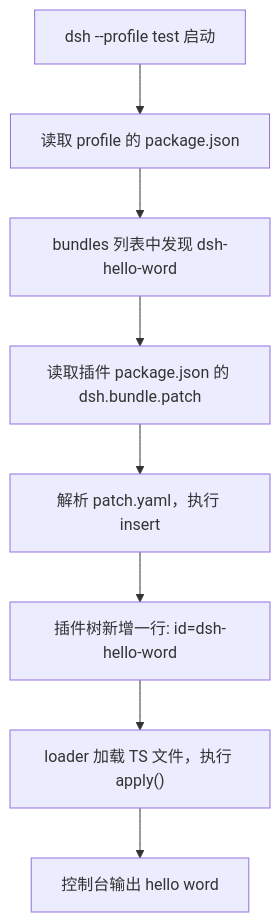
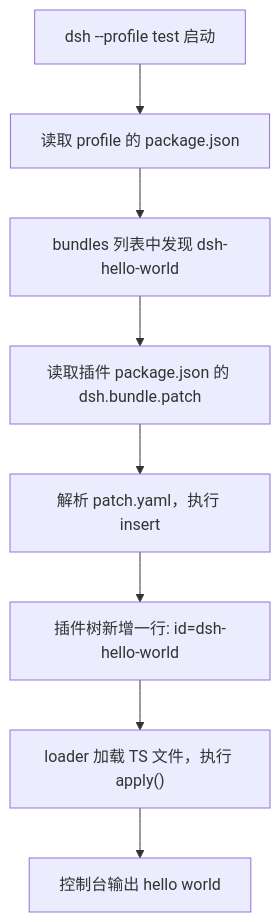
One commit to anthonyzhao-4926/blog changed the diagram in dsh/dsh 插件开发/2. hello world.md. Above: the diagram before and after it, drawn with Mermaid. The commit also changed other lines of this file and 4 other files, not shown here.

````diff
--- a/dsh/dsh 插件开发/2. hello world.md
+++ b/dsh/dsh 插件开发/2. hello world.md
@@ -78,10 +78,10 @@
 ```mermaid
 flowchart TD
     A["dsh --profile test 启动"] --> B["读取 profile 的 package.json"]
-    B --> C["bundles 列表中发现 dsh-hello-word"]
+    B --> C["bundles 列表中发现 dsh-hello-world"]
     C --> D["读取插件 package.json 的 dsh.bundle.patch"]
     D --> E["解析 patch.yaml，执行 insert"]
-    E --> F["插件树新增一行: id=dsh-hello-word"]
+    E --> F["插件树新增一行: id=dsh-hello-world"]
     F --> G["loader 加载 TS 文件，执行 apply()"]
-    G --> H["控制台输出 hello word"]
+    G --> H["控制台输出 hello world"]
 ```
````
